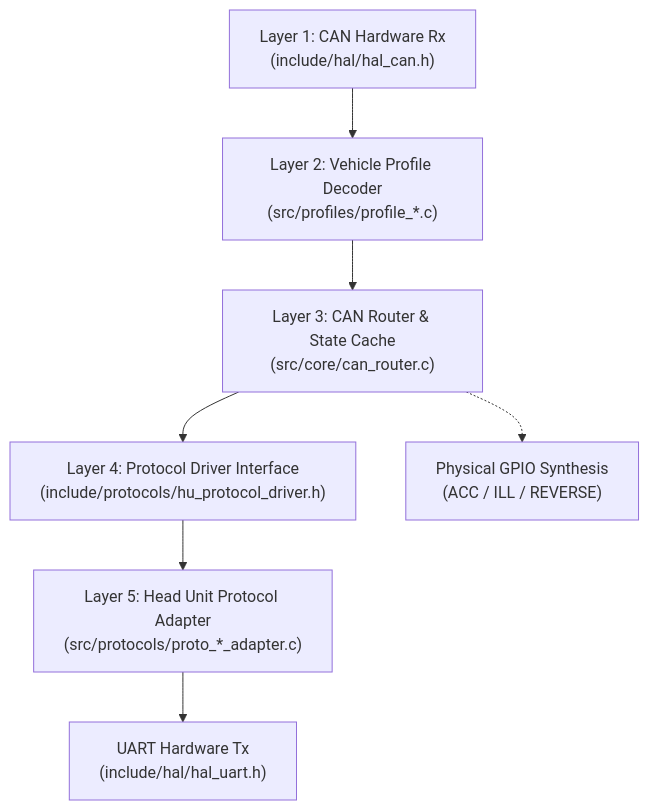
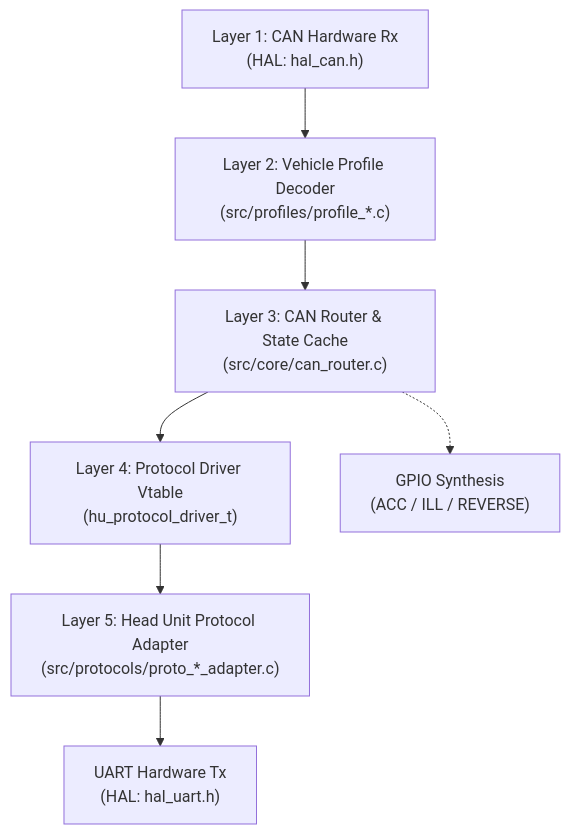
One commit to fazerxlo/canbox-core changed the diagram in README.md. Above: the diagram before and after it, drawn with Mermaid. The commit also changed other lines of this file, not shown here.

````diff
--- a/README.md
+++ b/README.md
@@ -56,9 +77,9 @@
 ```mermaid
 flowchart TD
-    A["Layer 1: CAN Hardware Rx<br>(include/hal/hal_can.h)"] --> B["Layer 2: Vehicle Profile Decoder<br>(src/profiles/profile_*.c)"]
-    B --> C["Layer 3: CAN Router & State Cache<br>(src/core/can_router.c)"]
-    C --> D["Layer 4: Protocol Driver Interface<br>(include/protocols/hu_protocol_driver.h)"]
-    D --> E["Layer 5: Head Unit Protocol Adapter<br>(src/protocols/proto_*_adapter.c)"]
-    E --> F["UART Hardware Tx<br>(include/hal/hal_uart.h)"]
-    C -.-> G["Physical GPIO Synthesis<br>(ACC / ILL / REVERSE)"]
+    A["Layer 1: CAN Hardware Rx<br/>(HAL: hal_can.h)"] --> B["Layer 2: Vehicle Profile Decoder<br/>(src/profiles/profile_*.c)"]
+    B --> C["Layer 3: CAN Router & State Cache<br/>(src/core/can_router.c)"]
+    C --> D["Layer 4: Protocol Driver Vtable<br/>(hu_protocol_driver_t)"]
+    D --> E["Layer 5: Head Unit Protocol Adapter<br/>(src/protocols/proto_*_adapter.c)"]
+    E --> F["UART Hardware Tx<br/>(HAL: hal_uart.h)"]
+    C -.-> G["GPIO Synthesis<br/>(ACC / ILL / REVERSE)"]
 ```
````
